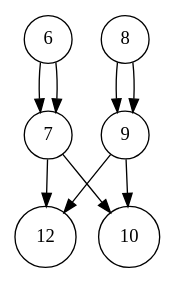
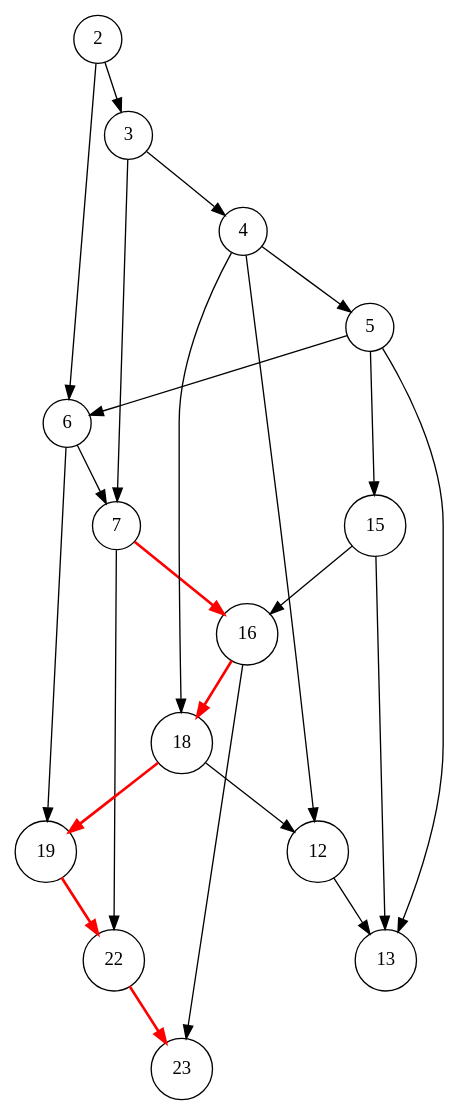
Before and after one commit to gintskk/execution-log-parser: the diagram in execution_5.dot, drawn with Graphviz. The commit also changed 22 other files, not shown here.

```diff
--- a/execution_5.dot
+++ b/execution_5.dot
@@ -1,11 +1,27 @@
 digraph execution {
   node [shape=circle];
-  7 -> 12;
-  7 -> 10;
+  7 -> 22;
+  7 -> 16 [color=red, penwidth=2.0];
   6 -> 7;
-  6 -> 7;
-  9 -> 10;
-  9 -> 12;
-  8 -> 9;
-  8 -> 9;
+  6 -> 19;
+  22 -> 23 [color=red, penwidth=2.0];
+  5 -> 6;
+  5 -> 15;
+  5 -> 13;
+  4 -> 5;
+  4 -> 18;
+  4 -> 12;
+  3 -> 4;
+  3 -> 7;
+  19 -> 22 [color=red, penwidth=2.0];
+  2 -> 3;
+  2 -> 6;
+  12 -> 13;
+  18 -> 19 [color=red, penwidth=2.0];
+  18 -> 12;
+  16 -> 18 [color=red, penwidth=2.0];
+  16 -> 23;
+  15 -> 16;
+  15 -> 13;
+  {node [style=filled, fillcolor=lightpink] 22 23 7 16 18 19 22 }
 }
```
